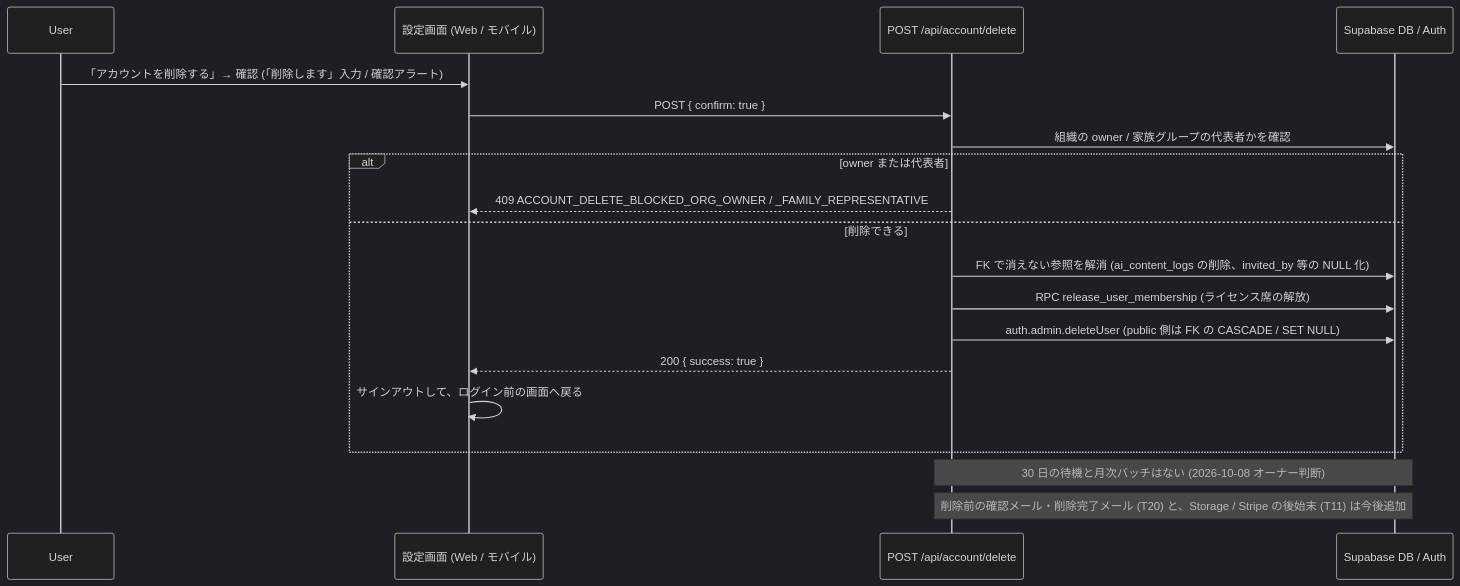
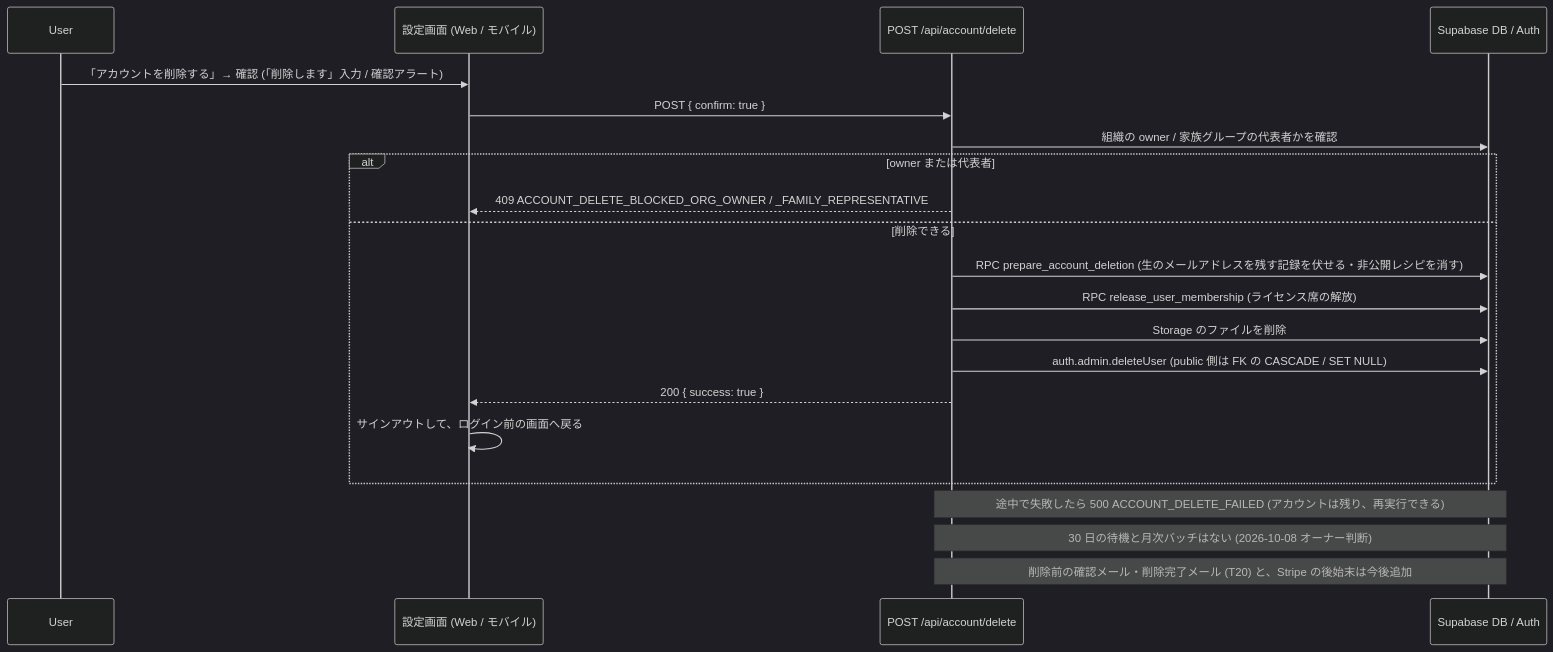
One commit to DaisukeHori/homegohan-app changed the diagram in docs/design/operator/09-runbook.md. Above: the diagram before and after it, drawn with Mermaid (dark theme). The commit also changed other lines of this file and 22 other files, not shown here.

````diff
--- a/docs/design/operator/09-runbook.md
+++ b/docs/design/operator/09-runbook.md
@@ -689,23 +690,25 @@
 ```mermaid
 sequenceDiagram
   participant User
   participant App as 設定画面 (Web / モバイル)
   participant API as POST /api/account/delete
   participant DB as Supabase DB / Auth
 
   User->>App: 「アカウントを削除する」→ 確認 (「削除します」入力 / 確認アラート)
   App->>API: POST { confirm: true }
   API->>DB: 組織の owner / 家族グループの代表者かを確認
   alt owner または代表者
     API-->>App: 409 ACCOUNT_DELETE_BLOCKED_ORG_OWNER / _FAMILY_REPRESENTATIVE
   else 削除できる
-    API->>DB: FK で消えない参照を解消 (ai_content_logs の削除、invited_by 等の NULL 化)
+    API->>DB: RPC prepare_account_deletion (生のメールアドレスを残す記録を伏せる・非公開レシピを消す)
     API->>DB: RPC release_user_membership (ライセンス席の解放)
+    API->>DB: Storage のファイルを削除
     API->>DB: auth.admin.deleteUser (public 側は FK の CASCADE / SET NULL)
     API-->>App: 200 { success: true }
     App->>App: サインアウトして、ログイン前の画面へ戻る
   end
+  Note over API,DB: 途中で失敗したら 500 ACCOUNT_DELETE_FAILED (アカウントは残り、再実行できる)
 
   Note over API,DB: 30 日の待機と月次バッチはない (2026-10-08 オーナー判断)
-  Note over API,DB: 削除前の確認メール・削除完了メール (T20) と、Storage / Stripe の後始末 (T11) は今後追加
+  Note over API,DB: 削除前の確認メール・削除完了メール (T20) と、Stripe の後始末は今後追加
 ```
````
